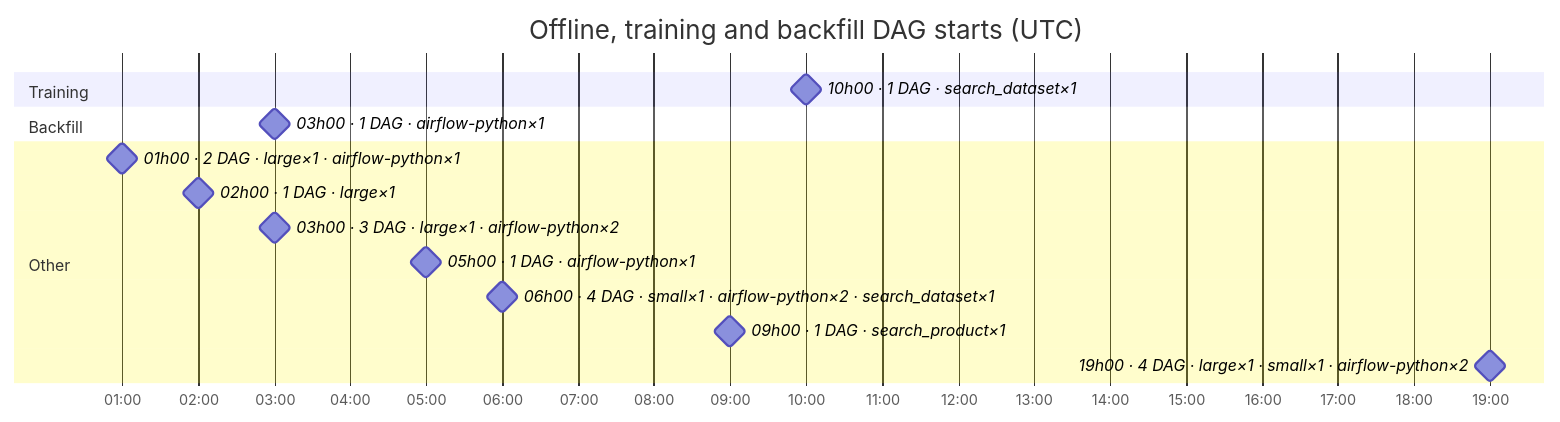
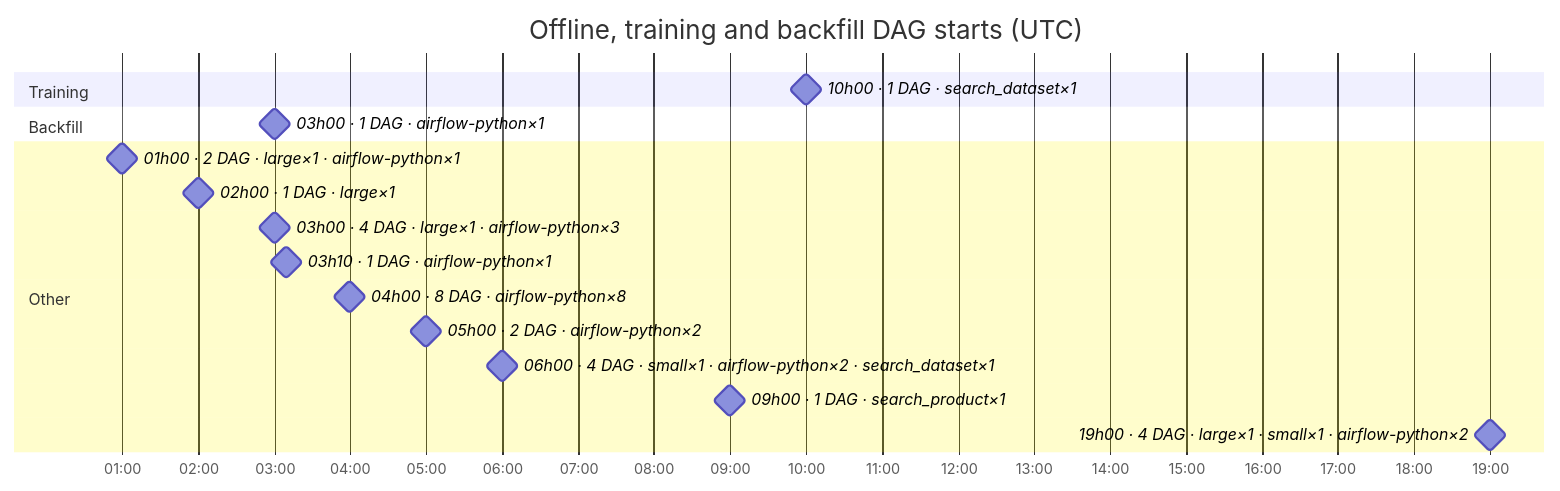
Before and after one commit to DayMarket/ml-feature-platform: the sixth of 7 diagrams in docs/feature_platform_map.md, drawn with Mermaid. The commit also changed other lines of this file and 238 other files, not shown here.

````diff
--- a/docs/feature_platform_map.md
+++ b/docs/feature_platform_map.md
@@ -273,19 +305,21 @@
 ```mermaid
 gantt
     title Offline, training and backfill DAG starts (UTC)
     dateFormat HH:mm
     axisFormat %H:%M
     tickInterval 1hour
     section Training
     10h00 · 1 DAG · search_dataset×1 :milestone, s0_0600, 10:00, 0m
     section Backfill
     03h00 · 1 DAG · airflow-python×1 :milestone, s1_0180, 03:00, 0m
     section Other
     01h00 · 2 DAG · large×1 · airflow-python×1 :milestone, s2_0060, 01:00, 0m
     02h00 · 1 DAG · large×1 :milestone, s2_0120, 02:00, 0m
-    03h00 · 3 DAG · large×1 · airflow-python×2 :milestone, s2_0180, 03:00, 0m
-    05h00 · 1 DAG · airflow-python×1 :milestone, s2_0300, 05:00, 0m
+    03h00 · 4 DAG · large×1 · airflow-python×3 :milestone, s2_0180, 03:00, 0m
+    03h10 · 1 DAG · airflow-python×1 :milestone, s2_0190, 03:10, 0m
+    04h00 · 8 DAG · airflow-python×8 :milestone, s2_0240, 04:00, 0m
+    05h00 · 2 DAG · airflow-python×2 :milestone, s2_0300, 05:00, 0m
     06h00 · 4 DAG · small×1 · airflow-python×2 · search_dataset×1 :milestone, s2_0360, 06:00, 0m
     09h00 · 1 DAG · search_product×1 :milestone, s2_0540, 09:00, 0m
     19h00 · 4 DAG · large×1 · small×1 · airflow-python×2 :milestone, s2_1140, 19:00, 0m
 ```
````
